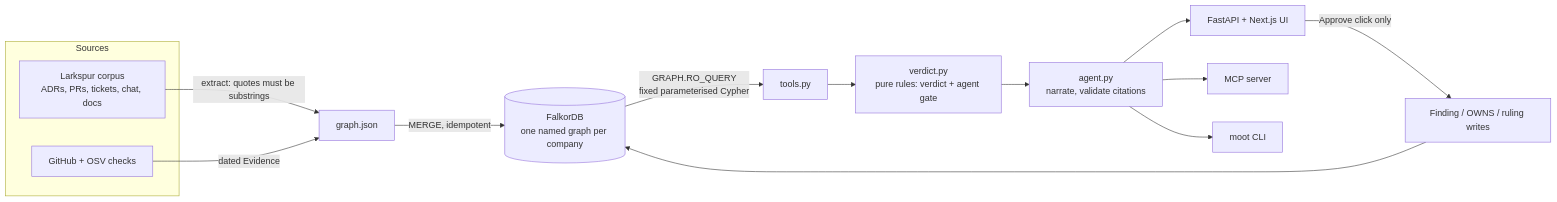
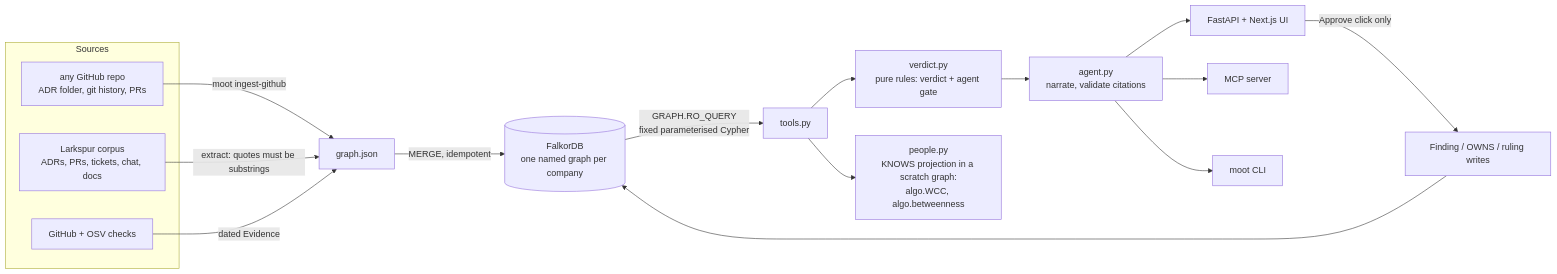
One commit to danielAsaboro/moot changed the first of 2 diagrams in README.md. Above: the diagram before and after it, drawn with Mermaid. The commit also changed other lines of this file and 1 other file, not shown here.

Commit message:
README: since when, who knows why, what leaves with a person, the GitHub connector, every graph selectable, CI badge; the honest limits of each

````diff
--- a/README.md
+++ b/README.md
@@ -50,18 +55,21 @@
 ```mermaid
 flowchart LR
   subgraph Sources
     C[Larkspur corpus<br/>ADRs, PRs, tickets, chat, docs]
     CK[GitHub + OSV checks]
+    GH[any GitHub repo<br/>ADR folder, git history, PRs]
   end
+  GH -->|moot ingest-github| J
   C -->|extract: quotes must be substrings| J[graph.json]
   CK -->|dated Evidence| J
   J -->|MERGE, idempotent| F[(FalkorDB<br/>one named graph per company)]
   F -->|GRAPH.RO_QUERY<br/>fixed parameterised Cypher| T[tools.py]
   T --> V[verdict.py<br/>pure rules: verdict + agent gate]
+  T --> PE[people.py<br/>KNOWS projection in a scratch graph:<br/>algo.WCC, algo.betweenness]
   V --> A[agent.py<br/>narrate, validate citations]
   A --> API[FastAPI + Next.js UI]
   A --> MCP[MCP server]
   A --> CLI[moot CLI]
   API -->|Approve click only| W[Finding / OWNS / ruling writes]
   W --> F
 ```
````
